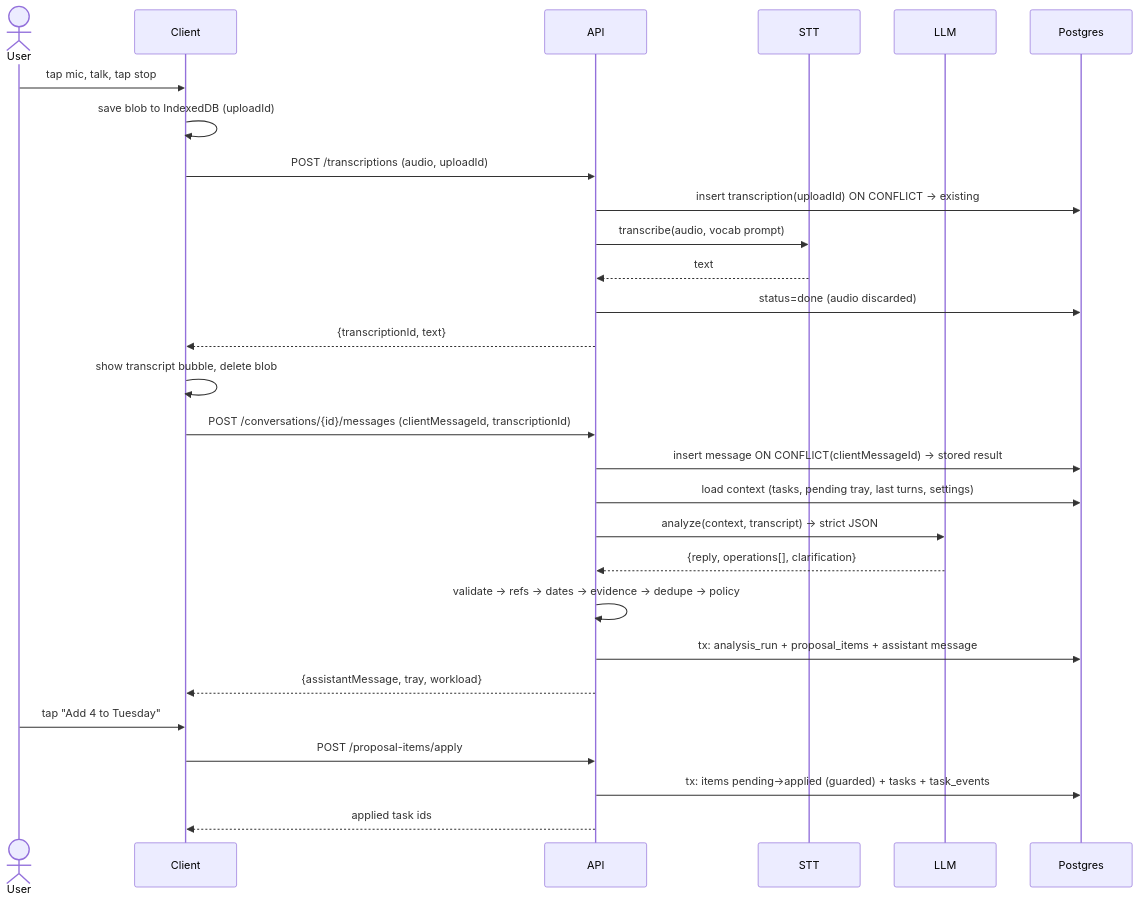
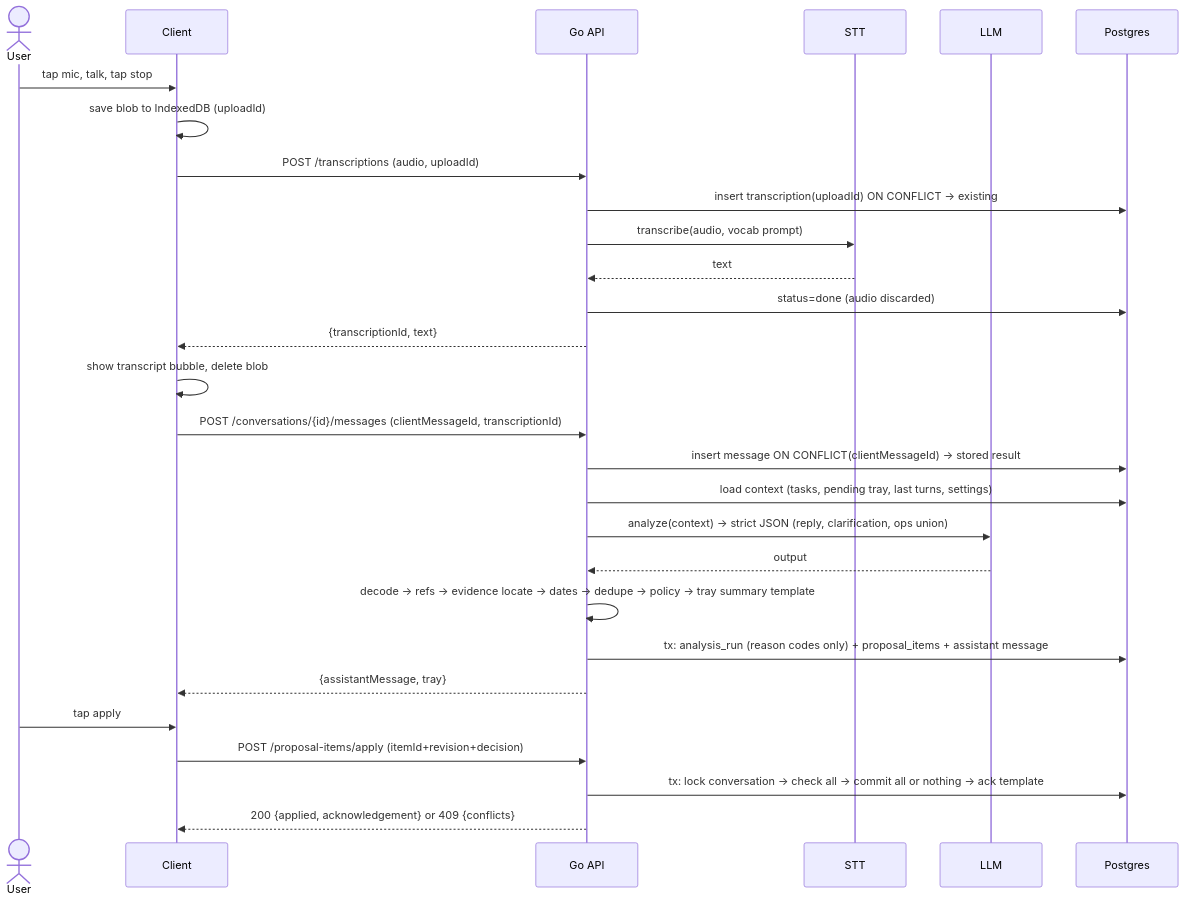
The second of 2 diagrams in docs/architecture-and-ai-pipeline.md (Ali-Khamis45/to-do-list-sharaf), drawn with Mermaid before and after one commit. The commit also changed other lines of this file and 136 other files, not shown here.

````diff
--- a/docs/architecture-and-ai-pipeline.md
+++ b/docs/architecture-and-ai-pipeline.md
@@ -126,30 +121,30 @@
 ```mermaid
 sequenceDiagram
   actor U as User
   participant C as Client
-  participant A as API
+  participant A as Go API
   participant S as STT
   participant L as LLM
   participant D as Postgres
   U->>C: tap mic, talk, tap stop
   C->>C: save blob to IndexedDB (uploadId)
   C->>A: POST /transcriptions (audio, uploadId)
   A->>D: insert transcription(uploadId) ON CONFLICT → existing
   A->>S: transcribe(audio, vocab prompt)
   S-->>A: text
   A->>D: status=done (audio discarded)
   A-->>C: {transcriptionId, text}
   C->>C: show transcript bubble, delete blob
   C->>A: POST /conversations/{id}/messages (clientMessageId, transcriptionId)
   A->>D: insert message ON CONFLICT(clientMessageId) → stored result
   A->>D: load context (tasks, pending tray, last turns, settings)
-  A->>L: analyze(context, transcript) → strict JSON
-  L-->>A: {reply, operations[], clarification}
-  A->>A: validate → refs → dates → evidence → dedupe → policy
-  A->>D: tx: analysis_run + proposal_items + assistant message
-  A-->>C: {assistantMessage, tray, workload}
-  U->>C: tap "Add 4 to Tuesday"
-  C->>A: POST /proposal-items/apply
-  A->>D: tx: items pending→applied (guarded) + tasks + task_events
-  A-->>C: applied task ids
+  A->>L: analyze(context) → strict JSON (reply, clarification, ops union)
+  L-->>A: output
+  A->>A: decode → refs → evidence locate → dates → dedupe → policy → tray summary template
+  A->>D: tx: analysis_run (reason codes only) + proposal_items + assistant message
+  A-->>C: {assistantMessage, tray}
+  U->>C: tap apply
+  C->>A: POST /proposal-items/apply (itemId+revision+decision)
+  A->>D: tx: lock conversation → check all → commit all or nothing → ack template
+  A-->>C: 200 {applied, acknowledgement} or 409 {conflicts}
 ```
````
